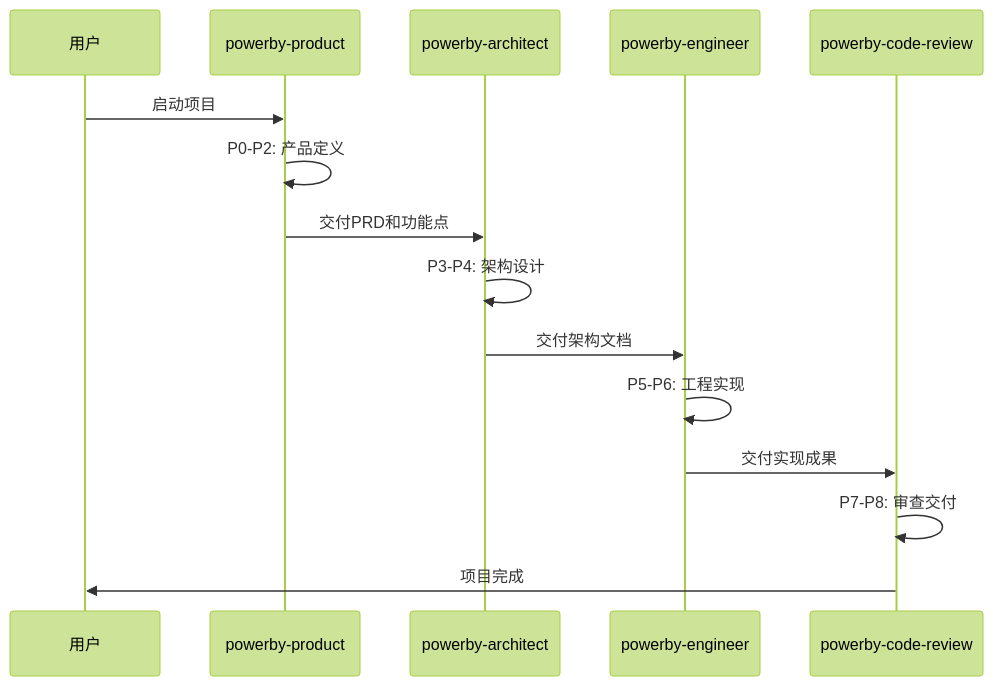
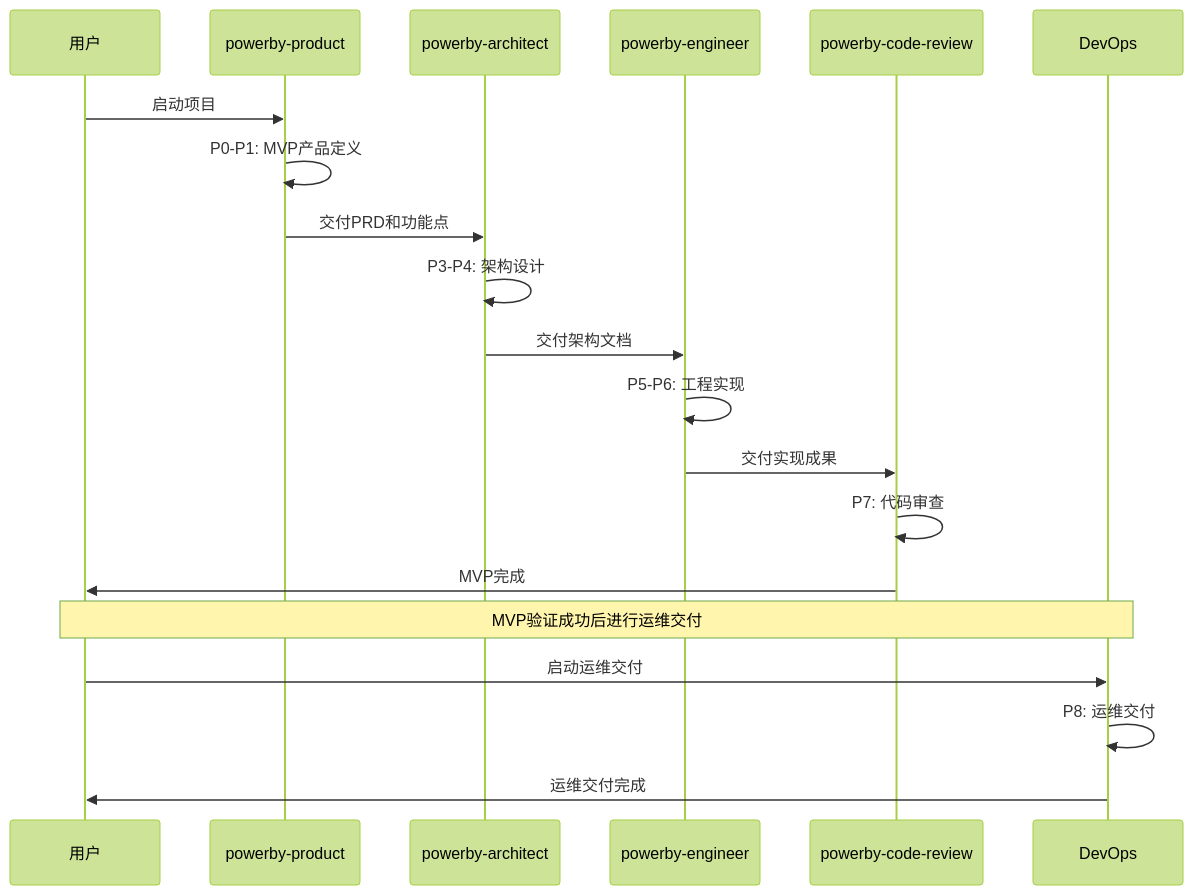
Before and after one commit to chenchiyuan/powerby-skills: the second of 2 diagrams in docs/powerby-workflow-complete-guide.md, drawn with Mermaid (forest theme). The commit also changed other lines of this file and 3 other files, not shown here.

````diff
--- a/docs/powerby-workflow-complete-guide.md
+++ b/docs/powerby-workflow-complete-guide.md
@@ -764,18 +734,23 @@
 ```mermaid
 sequenceDiagram
     participant U as 用户
     participant P as powerby-product
     participant A as powerby-architect
     participant E as powerby-engineer
     participant R as powerby-code-review
+    participant D as DevOps
 
     U->>P: 启动项目
-    P->>P: P0-P2: 产品定义
+    P->>P: P0-P1: MVP产品定义
     P->>A: 交付PRD和功能点
     A->>A: P3-P4: 架构设计
     A->>E: 交付架构文档
     E->>E: P5-P6: 工程实现
     E->>R: 交付实现成果
-    R->>R: P7-P8: 审查交付
-    R->>U: 项目完成
+    R->>R: P7: 代码审查
+    R->>U: MVP完成
+    Note over U,D: MVP验证成功后进行运维交付
+    U->>D: 启动运维交付
+    D->>D: P8: 运维交付
+    D->>U: 运维交付完成
 ```
````
